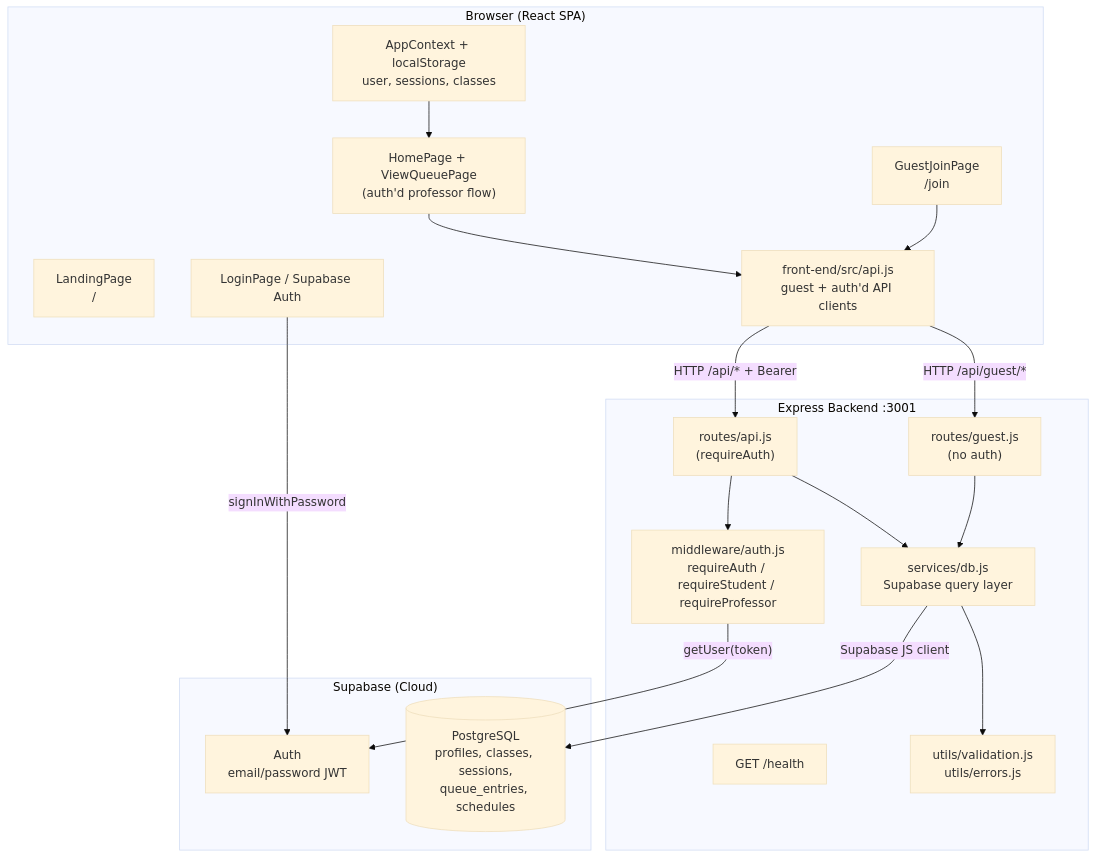
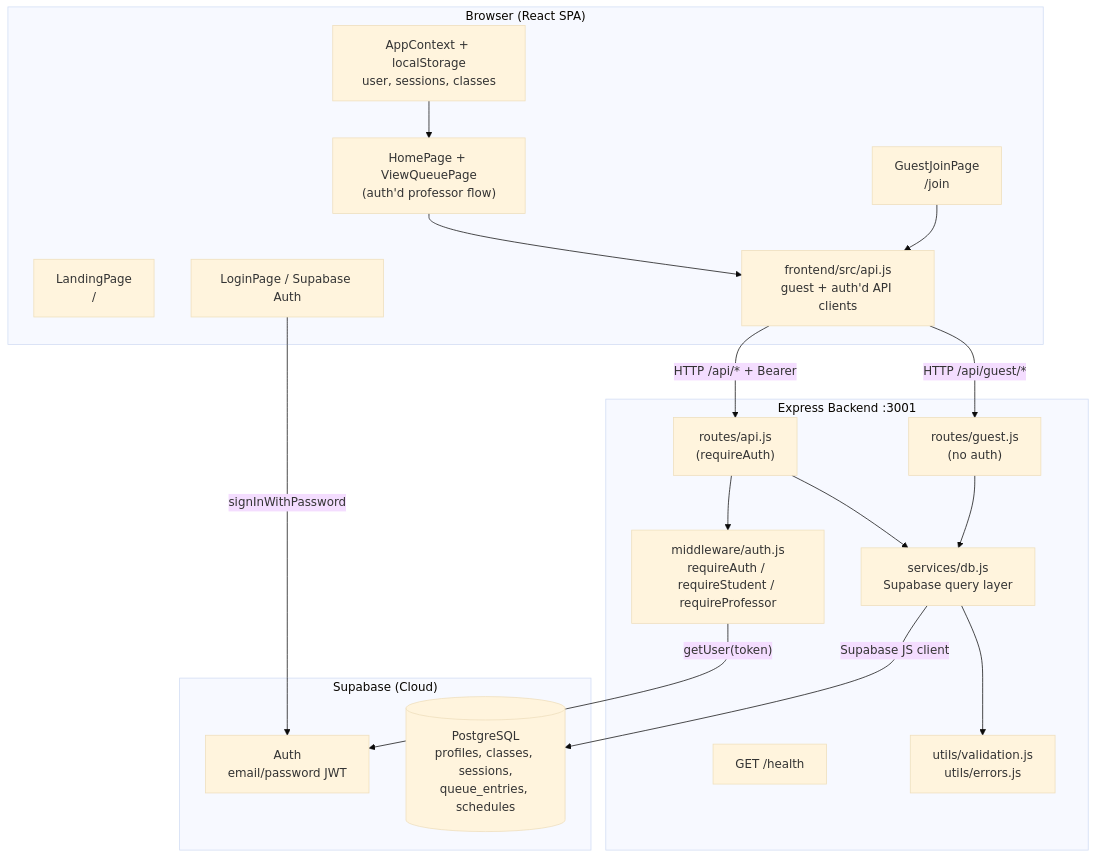
One commit to juliameylu/HelpQ changed the fifth of 6 diagrams in docs/UML.md. Above: the diagram before and after it, drawn with Mermaid (base theme). The commit also changed other lines of this file and 58 other files, not shown here.

````diff
--- a/docs/UML.md
+++ b/docs/UML.md
@@ -291,38 +291,38 @@
 ```mermaid
 flowchart TB
   subgraph Browser["Browser (React SPA)"]
     Landing["LandingPage\n/"]
     GuestJoin["GuestJoinPage\n/join"]
     Dashboard["HomePage + ViewQueuePage\n(auth'd professor flow)"]
     Auth["LoginPage / Supabase Auth"]
-    API["front-end/src/api.js\nguest + auth'd API clients"]
+    API["frontend/src/api.js\nguest + auth'd API clients"]
     Ctx["AppContext + localStorage\nuser, sessions, classes"]
   end
 
   subgraph Backend["Express Backend :3001"]
     Health["GET /health"]
     GuestRoutes["routes/guest.js\n(no auth)"]
     ApiRoutes["routes/api.js\n(requireAuth)"]
     AuthMW["middleware/auth.js\nrequireAuth / requireStudent / requireProfessor"]
     DB["services/db.js\nSupabase query layer"]
     Validation["utils/validation.js\nutils/errors.js"]
   end
 
   subgraph Supabase["Supabase (Cloud)"]
     SBAuth["Auth\nemail/password JWT"]
     PG[("PostgreSQL\nprofiles, classes, sessions,\nqueue_entries, schedules")]
   end
 
   GuestJoin --> API
   Dashboard --> API
   API -->|"HTTP /api/guest/*"| GuestRoutes
   API -->|"HTTP /api/* + Bearer"| ApiRoutes
   ApiRoutes --> AuthMW
   AuthMW -->|"getUser(token)"| SBAuth
   GuestRoutes --> DB
   ApiRoutes --> DB
   DB --> Validation
   DB -->|"Supabase JS client"| PG
   Auth -->|"signInWithPassword"| SBAuth
   Ctx --> Dashboard
 ```
````
